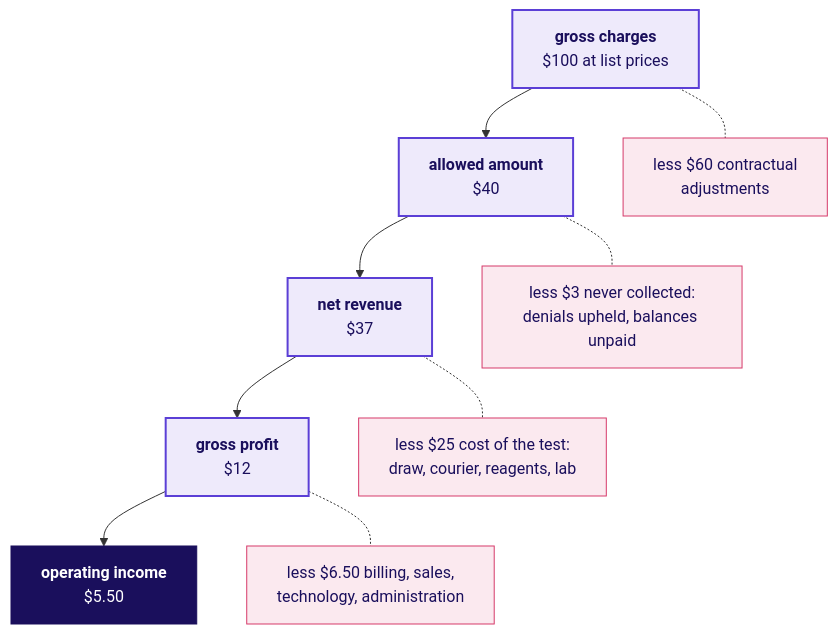
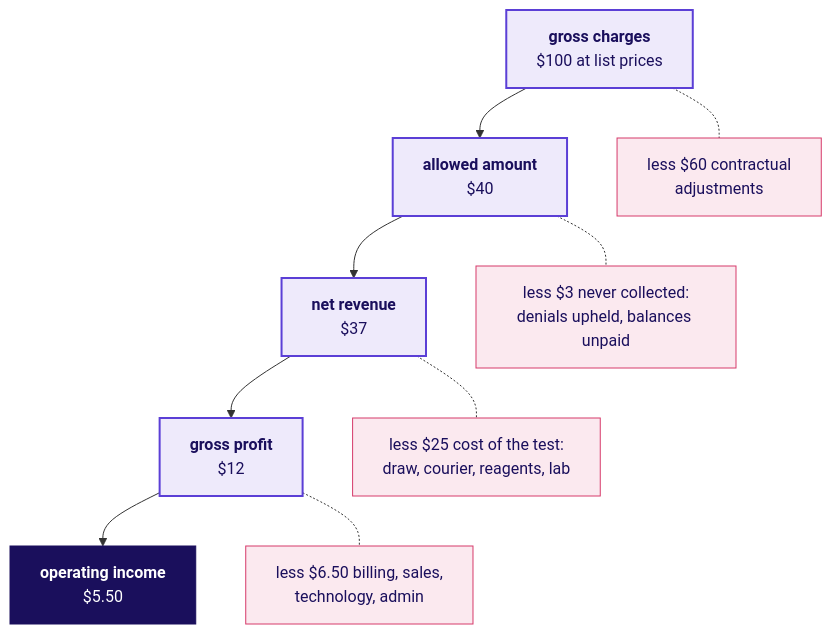
Before and after one commit to fde-academy-lab/c2-content-factory: the third of 6 diagrams in content/W03/D1/study-notes/C2_W03_D01_domain_us_healthcare_STUDENT.md, drawn with Mermaid. The commit also changed other lines of this file and 4 other files, not shown here.

````diff
--- a/content/W03/D1/study-notes/C2_W03_D01_domain_us_healthcare_STUDENT.md
+++ b/content/W03/D1/study-notes/C2_W03_D01_domain_us_healthcare_STUDENT.md
@@ -117,17 +117,17 @@
 ```mermaid
 flowchart TB
     G["<b>gross charges</b><br/>$100 at list prices"] --> A["<b>allowed amount</b><br/>$40"]
     G -.- X1["less $60 contractual<br/>adjustments"]
     A --> N["<b>net revenue</b><br/>$37"]
     A -.- X2["less $3 never collected:<br/>denials upheld, balances unpaid"]
     N --> M["<b>gross profit</b><br/>$12"]
     N -.- X3["less $25 cost of the test:<br/>draw, courier, reagents, lab"]
     M --> O["<b>operating income</b><br/>$5.50"]
-    M -.- X4["less $6.50 billing, sales,<br/>technology, administration"]
+    M -.- X4["less $6.50 billing, sales,<br/>technology, admin"]
     classDef known fill:#EEEAFB,stroke:#5B3FD6,color:#1A0F5C,stroke-width:2px
     classDef bad fill:#FBE9EF,stroke:#D63A6A,color:#1A0F5C
     classDef dark fill:#1A0F5C,stroke:#1A0F5C,color:#FFFFFF
     class G,A,N,M known
     class X1,X2,X3,X4 bad
     class O dark
 ```
````
